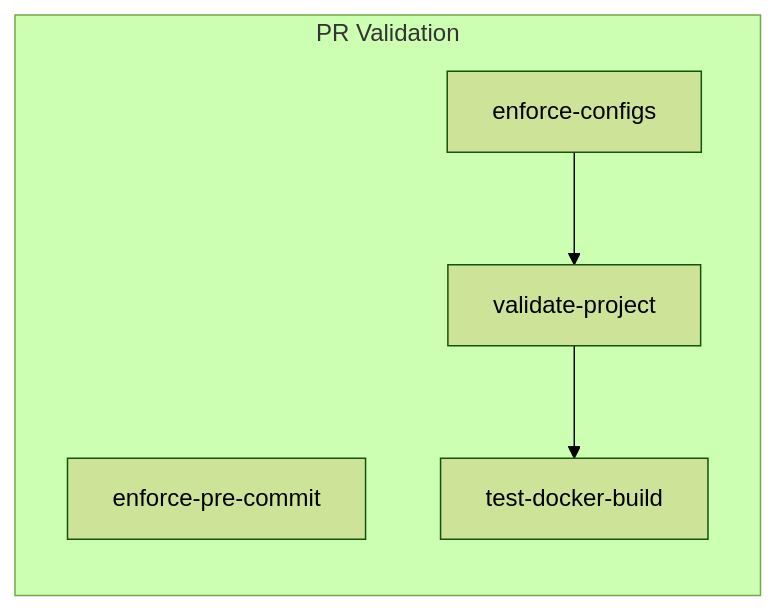
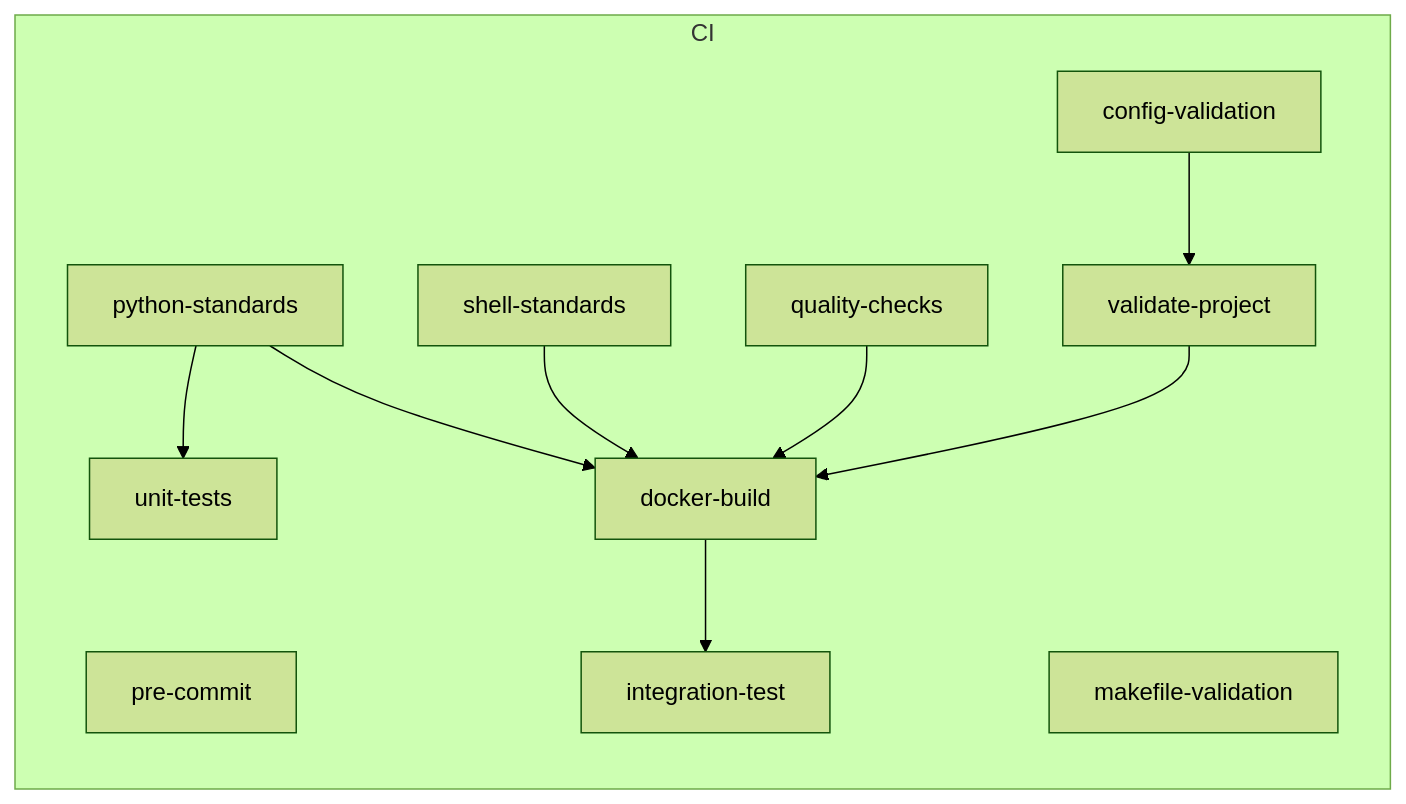
Before and after one commit to zepfu/llama-gguf-inference: the seventh of 7 diagrams in docs/auto/ARCHITECTURE_AUTO.md, drawn with Mermaid (forest theme). The commit also changed other lines of this file and 3 other files, not shown here.

````diff
--- a/docs/auto/ARCHITECTURE_AUTO.md
+++ b/docs/auto/ARCHITECTURE_AUTO.md
@@ -129,11 +216,22 @@
 ```mermaid
 flowchart LR
-    subgraph pr_validation[PR Validation]
-        enforce_pre_commit[enforce-pre-commit]
-        enforce_configs[enforce-configs]
+    subgraph ci[CI]
+        pre_commit[pre-commit]
+        python_standards[python-standards]
+        shell_standards[shell-standards]
+        quality_checks[quality-checks]
+        config_validation[config-validation]
+        makefile_validation[makefile-validation]
+        unit_tests[unit-tests]
         validate_project[validate-project]
-        test_docker_build[test-docker-build]
-        enforce_configs --> validate_project
-        validate_project --> test_docker_build
+        docker_build[docker-build]
+        integration_test[integration-test]
+        python_standards --> unit_tests
+        config_validation --> validate_project
+        python_standards --> docker_build
+        shell_standards --> docker_build
+        quality_checks --> docker_build
+        validate_project --> docker_build
+        docker_build --> integration_test
     end
 ```
````
